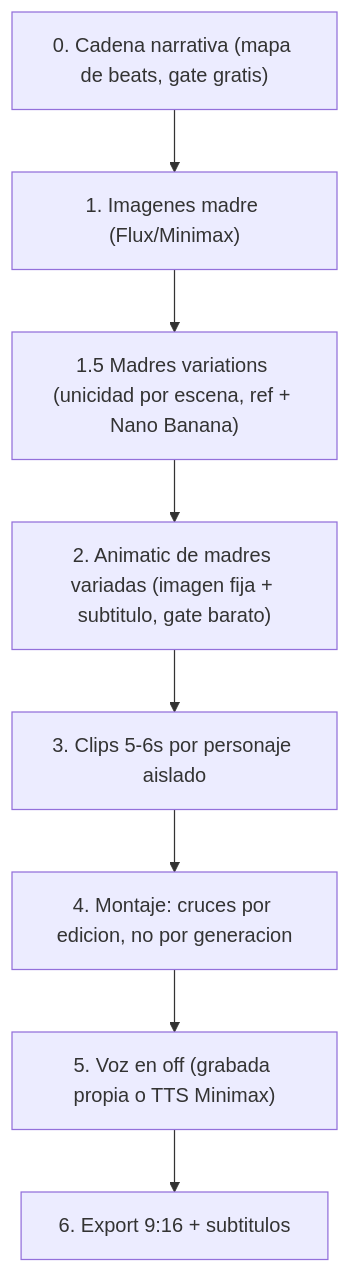
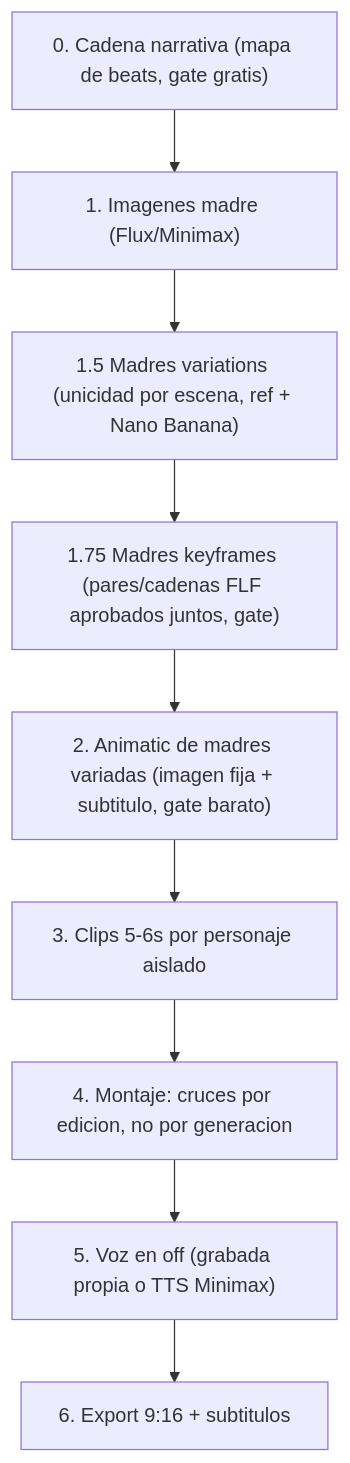
Before and after one commit to jorgeeferreyra/entorno_audiovisual_creativo: the diagram in metodo/pipeline.md, drawn with Mermaid. The commit also changed other lines of this file and 5 other files, not shown here.

````diff
--- a/metodo/pipeline.md
+++ b/metodo/pipeline.md
@@ -19,10 +19,11 @@
 ```mermaid
 flowchart TD
     A0["0. Cadena narrativa (mapa de beats, gate gratis)"] --> A["1. Imagenes madre (Flux/Minimax)"]
     A --> A1["1.5 Madres variations (unicidad por escena, ref + Nano Banana)"]
-    A1 --> A2["2. Animatic de madres variadas (imagen fija + subtitulo, gate barato)"]
+    A1 --> A175["1.75 Madres keyframes (pares/cadenas FLF aprobados juntos, gate)"]
+    A175 --> A2["2. Animatic de madres variadas (imagen fija + subtitulo, gate barato)"]
     A2 --> B["3. Clips 5-6s por personaje aislado"]
     B --> C["4. Montaje: cruces por edicion, no por generacion"]
     C --> D["5. Voz en off (grabada propia o TTS Minimax)"]
     D --> E["6. Export 9:16 + subtitulos"]
 ```
````
